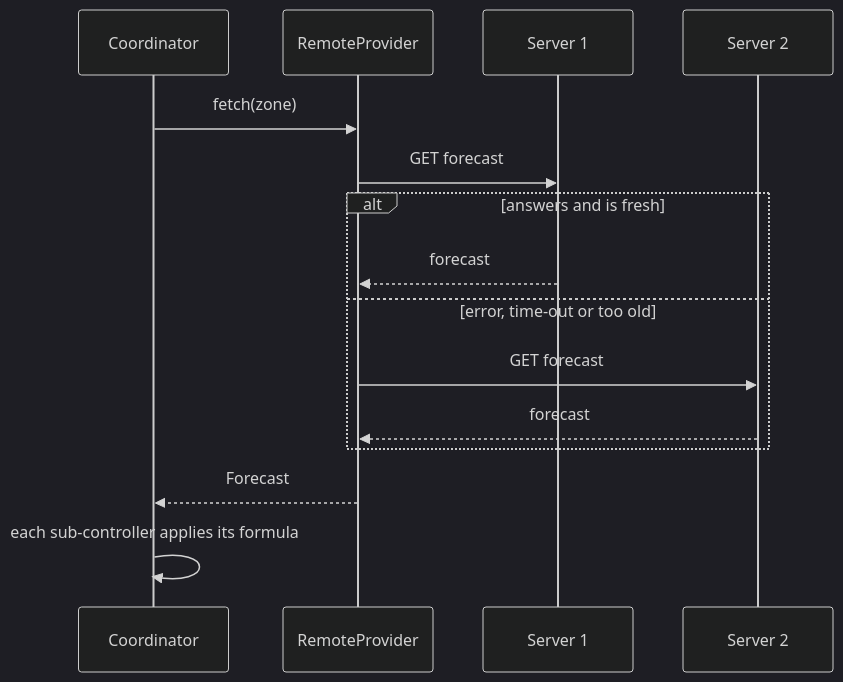
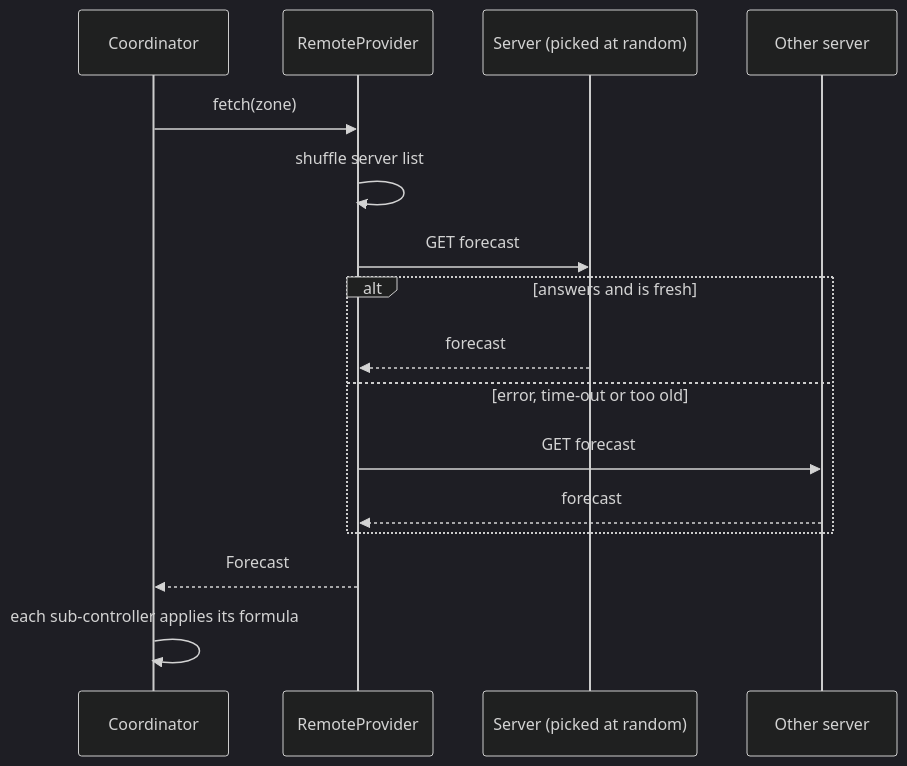
The second of 2 diagrams in docs/architecture.md (abroeders/7day-ahead-price-forecast), drawn with Mermaid (dark theme) before and after one commit. The commit also changed other lines of this file and 1 other file, not shown here.

Commit message:
docs: random server choice with failover (#1)

````diff
--- a/docs/architecture.md
+++ b/docs/architecture.md
@@ -64,17 +64,18 @@
 ```mermaid
 sequenceDiagram
   participant C as Coordinator
   participant P as RemoteProvider
-  participant S1 as Server 1
-  participant S2 as Server 2
+  participant S1 as Server (picked at random)
+  participant S2 as Other server
   C->>P: fetch(zone)
+  P->>P: shuffle server list
   P->>S1: GET forecast
   alt answers and is fresh
     S1-->>P: forecast
   else error, time-out or too old
     P->>S2: GET forecast
     S2-->>P: forecast
   end
   P-->>C: Forecast
   C->>C: each sub-controller applies its formula
 ```
````
